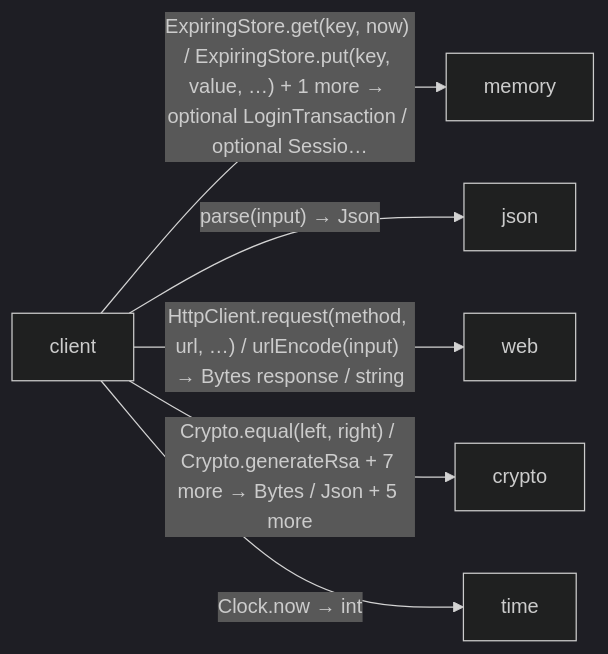
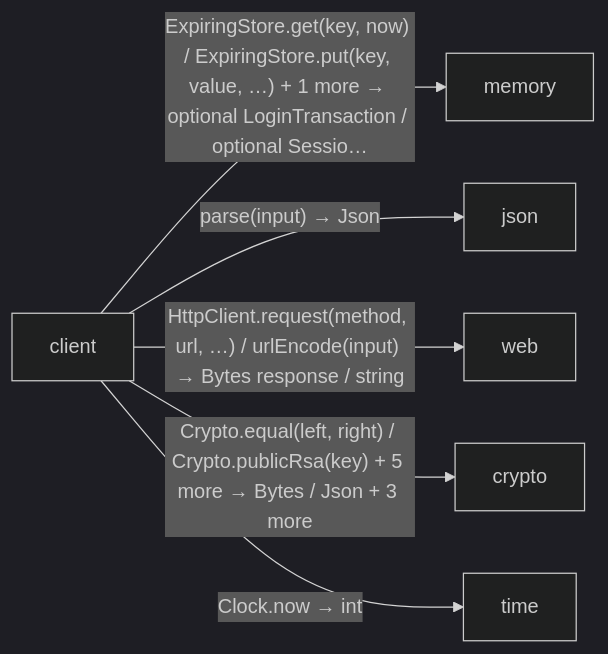
Before and after one commit to GreenPandaStudios/augscript: the second of 4 diagrams in docs/examples/oidc-login/diagrams/index.md, drawn with Mermaid (dark theme). The commit also changed other lines of this file and 658 other files, not shown here.

````diff
--- a/docs/examples/oidc-login/diagrams/index.md
+++ b/docs/examples/oidc-login/diagrams/index.md
@@ -37,14 +69,14 @@
 ```mermaid
 flowchart LR
     n0["client"]
     n1["memory"]
     n2["json"]
     n3["web"]
     n4["crypto"]
     n5["time"]
     n0 -->|"ExpiringStore.get(key, now) / ExpiringStore.put(key, value, …) + 1 more → optional LoginTransaction / optional Sessio…"| n1
     n0 -->|"parse(input) → Json"| n2
     n0 -->|"HttpClient.request(method, url, …) / urlEncode(input) → Bytes response / string"| n3
-    n0 -->|"Crypto.equal(left, right) / Crypto.generateRsa + 7 more → Bytes / Json + 5 more"| n4
+    n0 -->|"Crypto.equal(left, right) / Crypto.publicRsa(key) + 5 more → Bytes / Json + 3 more"| n4
     n0 -->|"Clock.now → int"| n5
 ```
````
